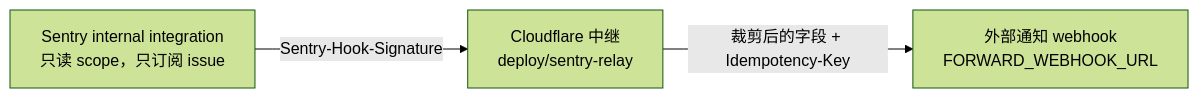
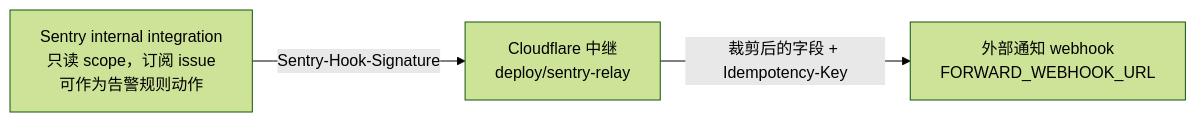
One commit to AkkiaLab/AkkiaBot changed the diagram in docs/sentry-webhook.md. Above: the diagram before and after it, drawn with Mermaid (forest theme). The commit also changed other lines of this file and 2 other files, not shown here.

First line of the commit message:
AKKIA-203: Sentry 中继转发告警规则的 event_alert webhook

````diff
--- a/docs/sentry-webhook.md
+++ b/docs/sentry-webhook.md
@@ -7,5 +7,5 @@
 ```mermaid
 flowchart LR
-  S[Sentry internal integration<br/>只读 scope，只订阅 issue] -->|Sentry-Hook-Signature| R[Cloudflare 中继<br/>deploy/sentry-relay]
+  S[Sentry internal integration<br/>只读 scope，订阅 issue<br/>可作为告警规则动作] -->|Sentry-Hook-Signature| R[Cloudflare 中继<br/>deploy/sentry-relay]
   R -->|裁剪后的字段 + Idempotency-Key| W[外部通知 webhook<br/>FORWARD_WEBHOOK_URL]
 ```
````
